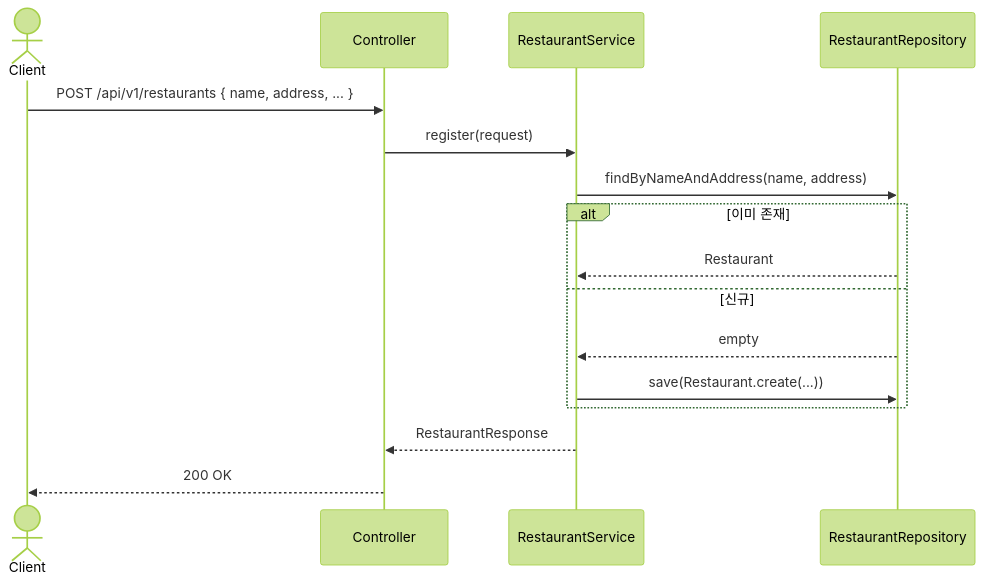
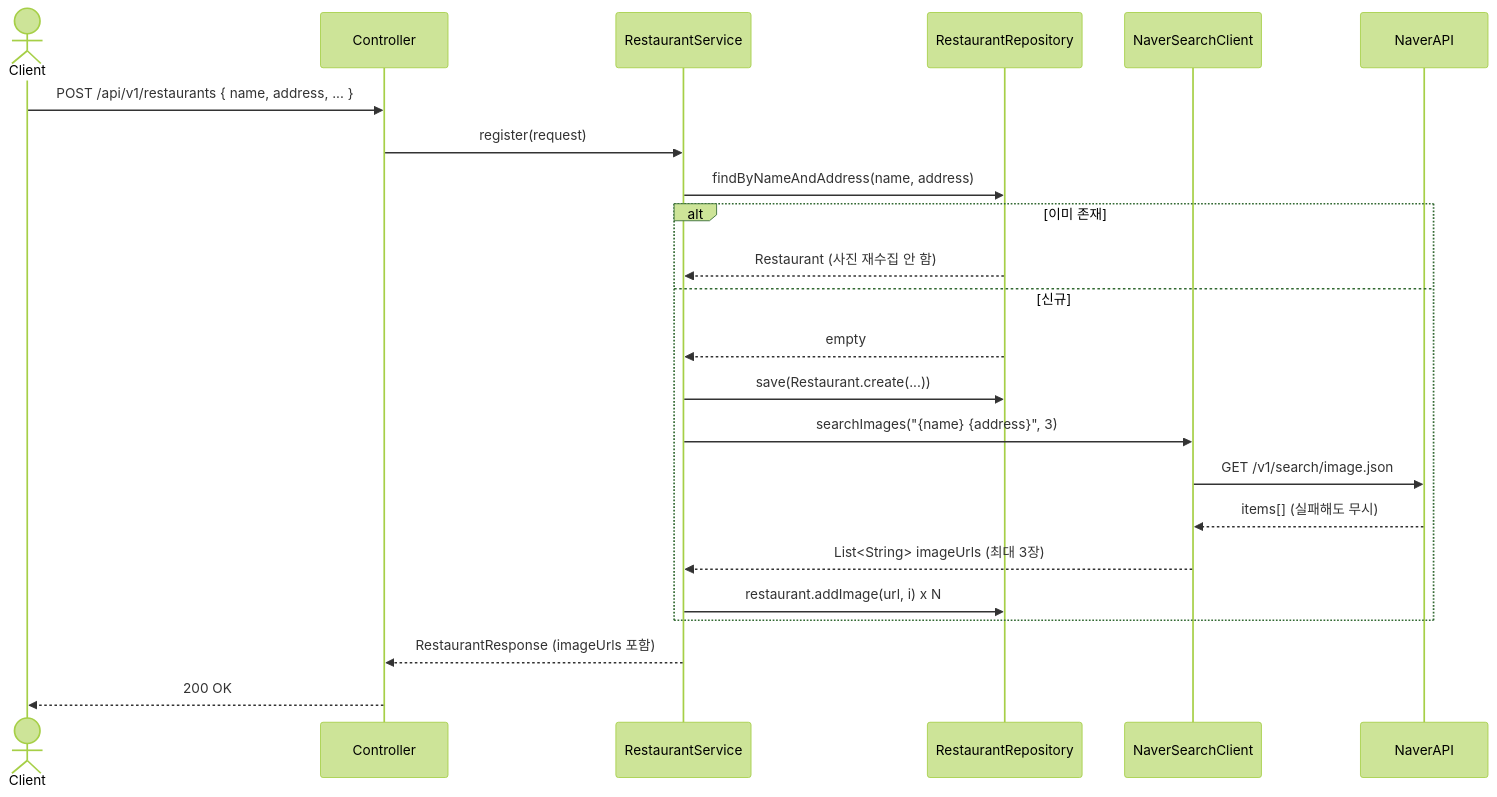
The second of 2 diagrams in docs/restaurant.md (HAONMIK1/naknak-server), drawn with Mermaid (forest theme) before and after one commit. The commit also changed other lines of this file, not shown here.

````diff
--- a/docs/restaurant.md
+++ b/docs/restaurant.md
@@ -39,19 +49,26 @@
 ```mermaid
 sequenceDiagram
     actor Client
     participant Controller
     participant RestaurantService
     participant RestaurantRepository
+    participant NaverSearchClient
+    participant NaverAPI
 
     Client->>Controller: POST /api/v1/restaurants { name, address, ... }
     Controller->>RestaurantService: register(request)
     RestaurantService->>RestaurantRepository: findByNameAndAddress(name, address)
     alt 이미 존재
-        RestaurantRepository-->>RestaurantService: Restaurant
+        RestaurantRepository-->>RestaurantService: Restaurant (사진 재수집 안 함)
     else 신규
         RestaurantRepository-->>RestaurantService: empty
         RestaurantService->>RestaurantRepository: save(Restaurant.create(...))
+        RestaurantService->>NaverSearchClient: searchImages("{name} {address}", 3)
+        NaverSearchClient->>NaverAPI: GET /v1/search/image.json
+        NaverAPI-->>NaverSearchClient: items[] (실패해도 무시)
+        NaverSearchClient-->>RestaurantService: List<String> imageUrls (최대 3장)
+        RestaurantService->>RestaurantRepository: restaurant.addImage(url, i) x N
     end
-    RestaurantService-->>Controller: RestaurantResponse
+    RestaurantService-->>Controller: RestaurantResponse (imageUrls 포함)
     Controller-->>Client: 200 OK
 ```
````
